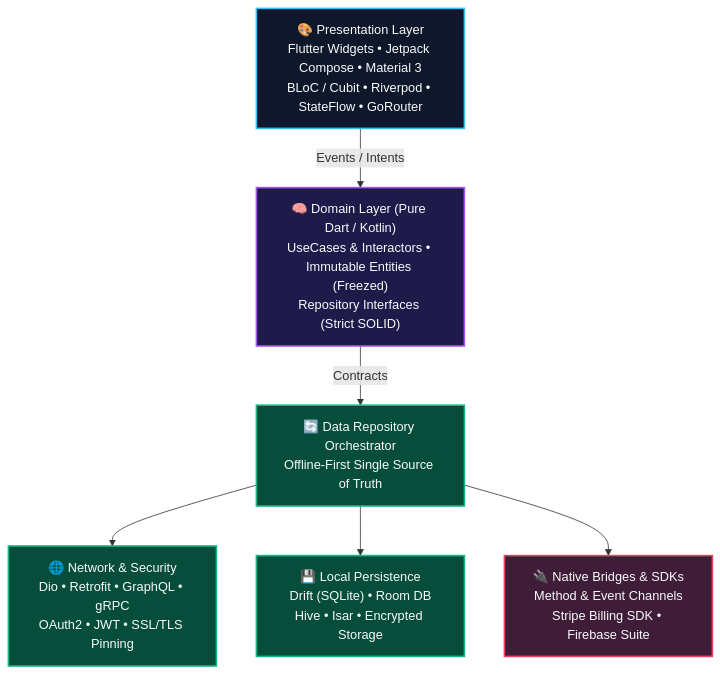
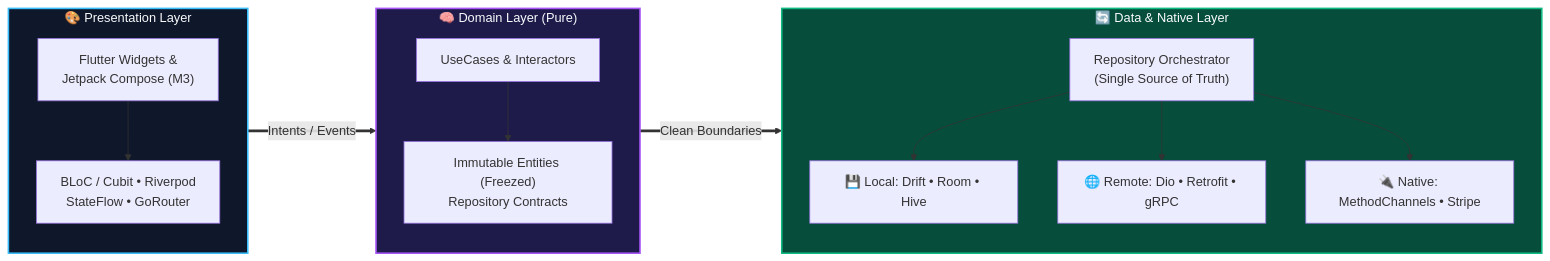
One commit to ibrahemk/ibrahemk changed the first of 3 diagrams in README.md. Above: the diagram before and after it, drawn with Mermaid. The commit also changed other lines of this file, not shown here.

````diff
--- a/README.md
+++ b/README.md
@@ -43,26 +66,32 @@
 ```mermaid
-flowchart TB
-    UI["🎨 Presentation Layer<br/>Flutter Widgets • Jetpack Compose • Material 3<br/>BLoC / Cubit • Riverpod • StateFlow • GoRouter"]
-    Domain["🧠 Domain Layer (Pure Dart / Kotlin)<br/>UseCases & Interactors • Immutable Entities (Freezed)<br/>Repository Interfaces (Strict SOLID)"]
-    Repo["🔄 Data Repository Orchestrator<br/>Offline-First Single Source of Truth"]
+flowchart LR
+    subgraph UI ["🎨 Presentation Layer"]
+        direction TB
+        W["Flutter Widgets &<br/>Jetpack Compose (M3)"]
+        S["BLoC / Cubit • Riverpod<br/>StateFlow • GoRouter"]
+        W --> S
+    end
 
-    Remote["🌐 Network & Security<br/>Dio • Retrofit • GraphQL • gRPC<br/>OAuth2 • JWT • SSL/TLS Pinning"]
-    Local["💾 Local Persistence<br/>Drift (SQLite) • Room DB<br/>Hive • Isar • Encrypted Storage"]
-    Native["🔌 Native Bridges & SDKs<br/>Method & Event Channels<br/>Stripe Billing SDK • Firebase Suite"]
+    subgraph DOM ["🧠 Domain Layer (Pure)"]
+        direction TB
+        U["UseCases & Interactors"]
+        E["Immutable Entities (Freezed)<br/>Repository Contracts"]
+        U --> E
+    end
 
-    UI -->|"Events / Intents"| Domain
-    Domain -->|"Contracts"| Repo
-    Repo --> Remote
-    Repo --> Local
-    Repo --> Native
+    subgraph DATA ["🔄 Data & Native Layer"]
+        direction TB
+        R["Repository Orchestrator<br/>(Single Source of Truth)"]
+        L["💾 Local: Drift • Room • Hive"]
+        N["🌐 Remote: Dio • Retrofit • gRPC"]
+        P["🔌 Native: MethodChannels • Stripe"]
+        R --> L & N & P
+    end
 
-    classDef uiLayer fill:#0F172A,stroke:#38BDF8,stroke-width:2px,color:#F8FAFC;
-    classDef domainLayer fill:#1E1B4B,stroke:#A855F7,stroke-width:2px,color:#F8FAFC;
-    classDef dataLayer fill:#064E3B,stroke:#10B981,stroke-width:2px,color:#F8FAFC;
-    classDef nativeLayer fill:#3F1D38,stroke:#F43F5E,stroke-width:2px,color:#F8FAFC;
+    UI ==>|"Intents / Events"| DOM
+    DOM ==>|"Clean Boundaries"| DATA
 
-    class UI uiLayer;
-    class Domain domainLayer;
-    class Repo,Remote,Local dataLayer;
-    class Native nativeLayer;
+    style UI fill:#0F172A,stroke:#38BDF8,stroke-width:2px,color:#F8FAFC
+    style DOM fill:#1E1B4B,stroke:#A855F7,stroke-width:2px,color:#F8FAFC
+    style DATA fill:#064E3B,stroke:#10B981,stroke-width:2px,color:#F8FAFC
 ```
````
